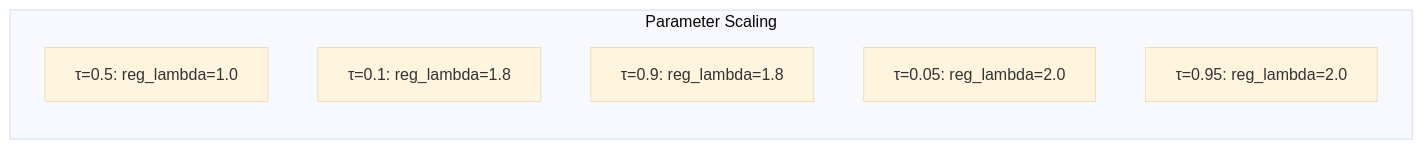
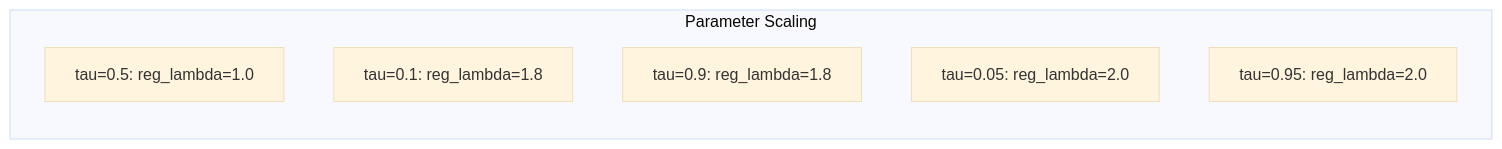
The fourth of 7 diagrams in docs/joint-quantile-regression.md (caldred/auto-sklearn), drawn with Mermaid (base theme) before and after one commit. The commit also changed other lines of this file and 123 other files, not shown here.

````diff
--- a/docs/joint-quantile-regression.md
+++ b/docs/joint-quantile-regression.md
@@ -267,10 +297,10 @@
 ```mermaid
 graph LR
     subgraph "Parameter Scaling"
-        M[τ=0.5: reg_lambda=1.0]
-        T1[τ=0.1: reg_lambda=1.8]
-        T2[τ=0.9: reg_lambda=1.8]
-        E1[τ=0.05: reg_lambda=2.0]
-        E2[τ=0.95: reg_lambda=2.0]
+        M[tau=0.5: reg_lambda=1.0]
+        T1[tau=0.1: reg_lambda=1.8]
+        T2[tau=0.9: reg_lambda=1.8]
+        E1[tau=0.05: reg_lambda=2.0]
+        E2[tau=0.95: reg_lambda=2.0]
     end
 ```
````
